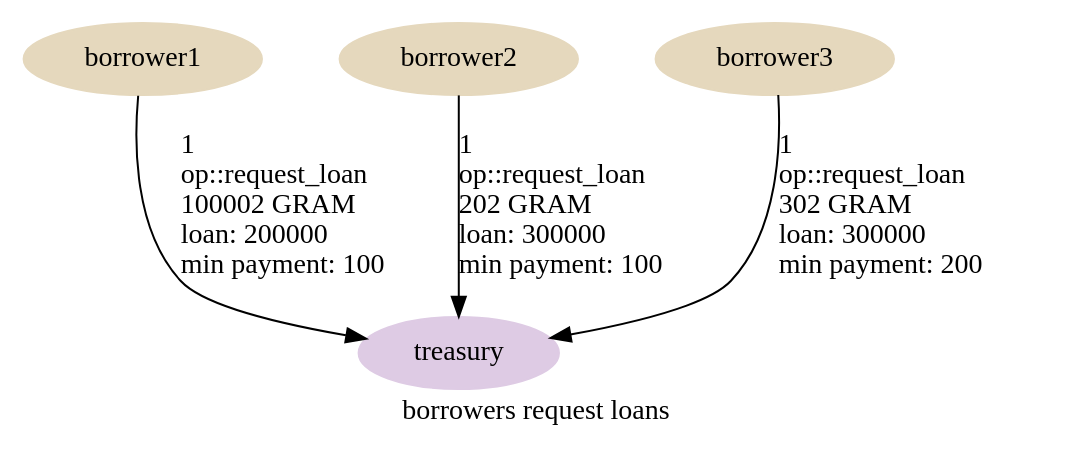
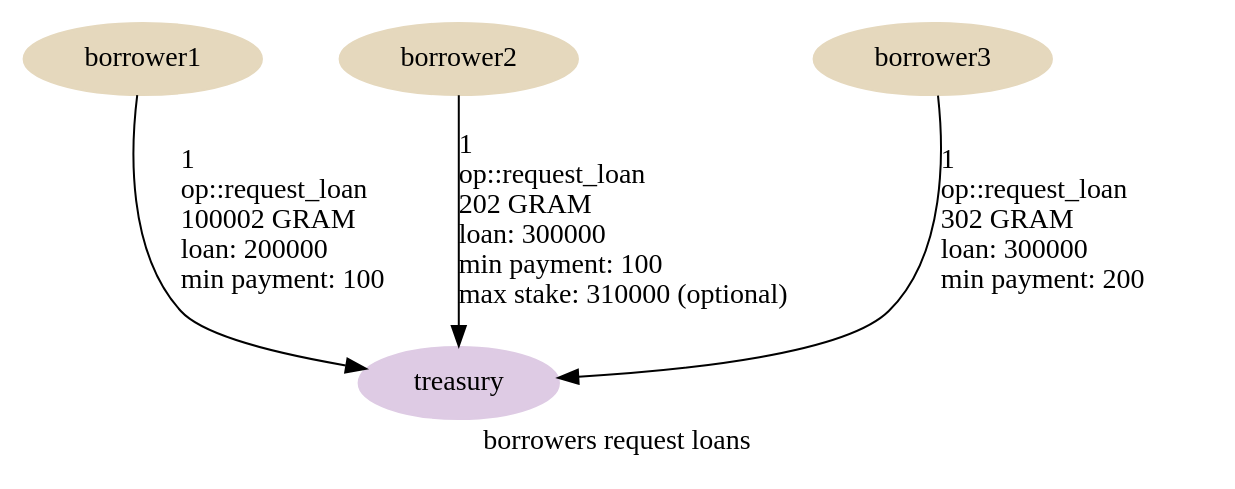
Before and after one commit to HipoFinance/contract: the diagram in graphs/04-request-loan.dot, drawn with Graphviz. The commit also changed 10 other files, not shown here.

```diff
--- a/graphs/04-request-loan.dot
+++ b/graphs/04-request-loan.dot
@@ -1,17 +1,17 @@
 digraph {
     label="borrowers request loans"
     node [ colorscheme=pastel19 style=filled ]
 
     /* Entities */
     borrower1, borrower2, borrower3 [ color=7 ]
     treasury [ color=4 ]
 
     /* Relationships */
     borrower1 -> treasury [ label="1\l op::request_loan\l 100002 GRAM\l loan: 200000\l min payment: 100\l" ]
-    borrower2 -> treasury [ label="1\l op::request_loan\l 202 GRAM\l loan: 300000\l min payment: 100\l" ]
+    borrower2 -> treasury [ label="1\l op::request_loan\l 202 GRAM\l loan: 300000\l min payment: 100\l max stake: 310000 (optional)\l" ]
     borrower3 -> treasury [ label="1\l op::request_loan\l 302 GRAM\l loan: 300000\l min payment: 200\l" ]
 
     /* Ranks */
     { rank=min borrower1 borrower2 borrower3 }
     { rank=max treasury }
 }
```
